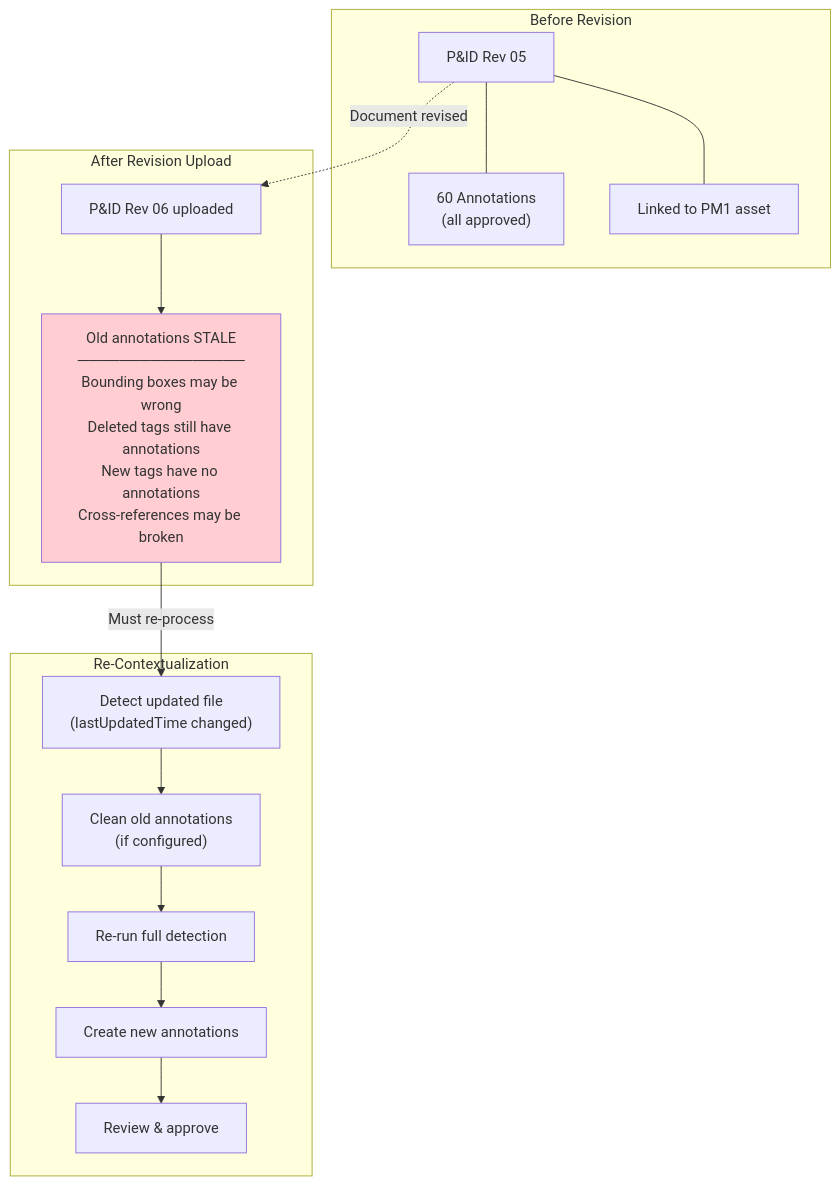
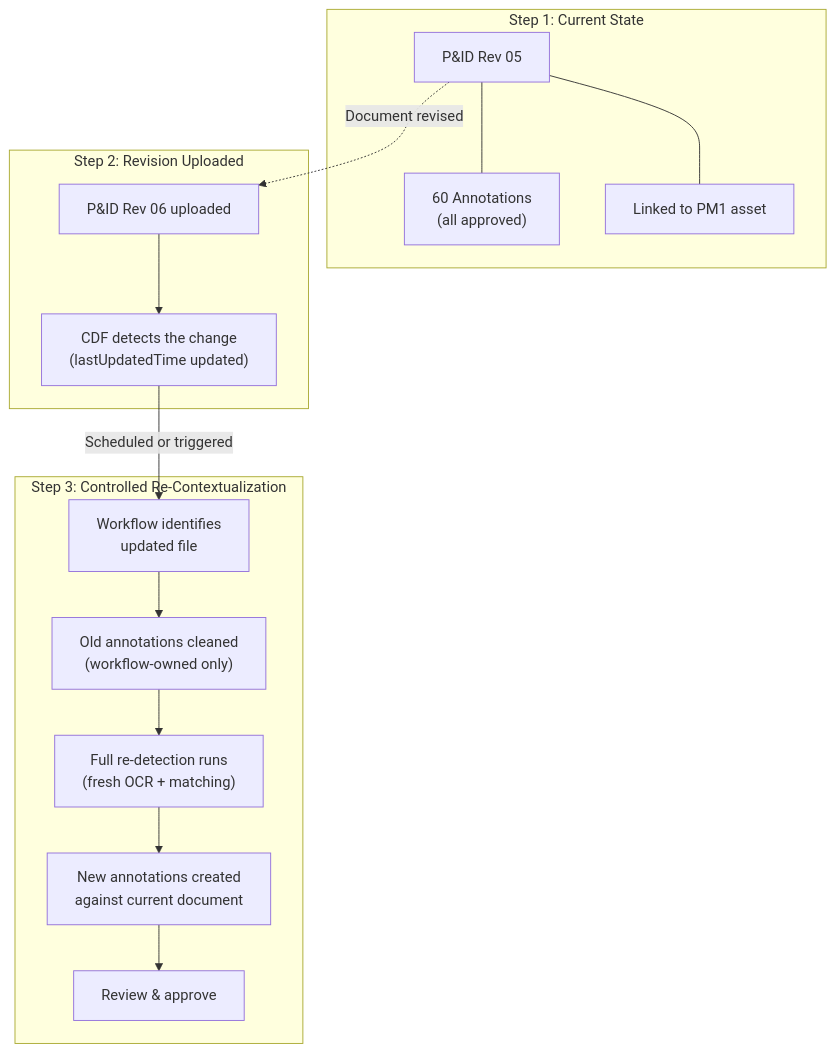
Before and after one commit to fbarsoba-cognite/sylvamo-project-documentation: the tenth of 22 diagrams in docs/reference/files/PID_CONTEXTUALIZATION_LIFECYCLE.md, drawn with Mermaid. The commit also changed other lines of this file, not shown here.

````diff
--- a/docs/reference/files/PID_CONTEXTUALIZATION_LIFECYCLE.md
+++ b/docs/reference/files/PID_CONTEXTUALIZATION_LIFECYCLE.md
@@ -410,29 +413,27 @@
 ```mermaid
 graph TB
-    subgraph "Before Revision"
+    subgraph "Step 1: Current State"
         R5["P&ID Rev 05"]
         R5_A["60 Annotations<br/>(all approved)"]
         R5_L["Linked to PM1 asset"]
         R5 --- R5_A & R5_L
     end
 
-    subgraph "After Revision Upload"
+    subgraph "Step 2: Revision Uploaded"
         R6["P&ID Rev 06 uploaded"]
-        STALE["Old annotations STALE<br/>────────────────<br/>Bounding boxes may be wrong<br/>Deleted tags still have annotations<br/>New tags have no annotations<br/>Cross-references may be broken"]
+        DETECT["CDF detects the change<br/>(lastUpdatedTime updated)"]
     end
 
-    subgraph "Re-Contextualization"
-        RC1["Detect updated file<br/>(lastUpdatedTime changed)"]
-        RC2["Clean old annotations<br/>(if configured)"]
-        RC3["Re-run full detection"]
-        RC4["Create new annotations"]
+    subgraph "Step 3: Controlled Re-Contextualization"
+        RC1["Workflow identifies<br/>updated file"]
+        RC2["Old annotations cleaned<br/>(workflow-owned only)"]
+        RC3["Full re-detection runs<br/>(fresh OCR + matching)"]
+        RC4["New annotations created<br/>against current document"]
         RC5["Review & approve"]
     end
 
     R5 -.->|"Document revised"| R6
-    R6 --> STALE
-    STALE -->|"Must re-process"| RC1
+    R6 --> DETECT
+    DETECT -->|"Scheduled or triggered"| RC1
     RC1 --> RC2 --> RC3 --> RC4 --> RC5
-
-    style STALE fill:#ffcdd2
 ```
````
